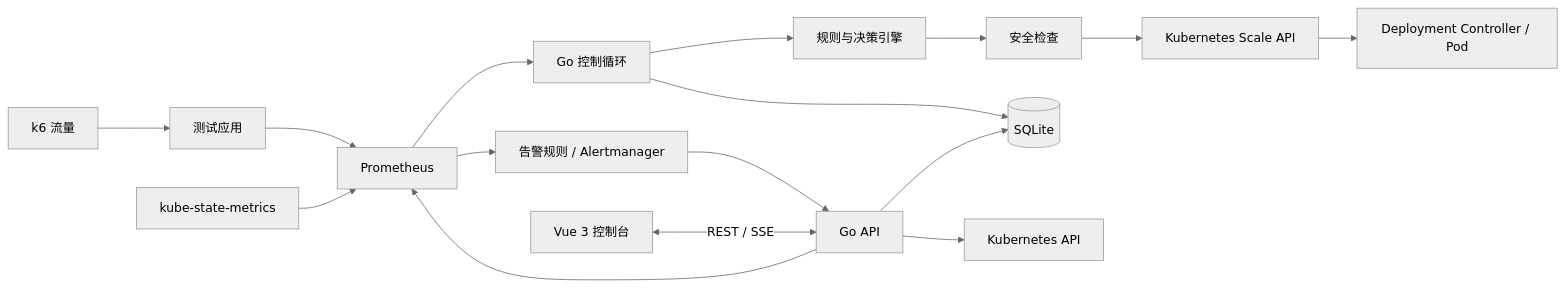
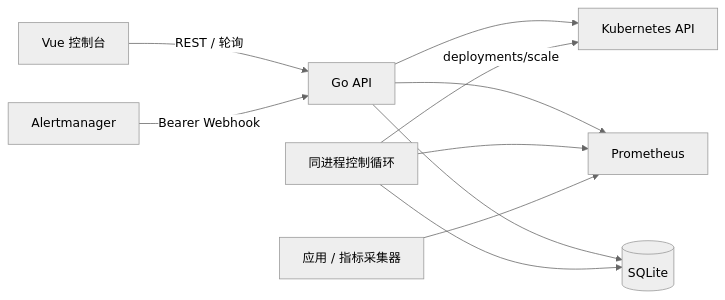
The diagram in docs/architecture.md (brynhildANN/KubeScale), drawn with Mermaid (neutral theme) before and after one commit. The commit also changed other lines of this file and 24 other files, not shown here.

````diff
--- a/docs/architecture.md
+++ b/docs/architecture.md
@@ -13,18 +5,12 @@
 ```mermaid
 flowchart LR
-    K[k6 流量] --> APP[测试应用]
-    APP --> PROM[Prometheus]
-    KSM[kube-state-metrics] --> PROM
-    PROM --> CTRL[Go 控制循环]
-    CTRL --> ENGINE[规则与决策引擎]
-    ENGINE --> SAFE[安全检查]
-    SAFE --> SCALE[Kubernetes Scale API]
-    SCALE --> DEP[Deployment Controller / Pod]
-    CTRL --> DB[(SQLite)]
-    PROM --> AM[告警规则 / Alertmanager]
-    AM --> API[Go API]
-    API --> DB
-    UI[Vue 3 控制台] <-->|REST / SSE| API
-    API --> PROM
-    API --> K8S[Kubernetes API]
+  UI[Vue 控制台] -->|REST / 轮询| API[Go API]
+  API --> K8S[Kubernetes API]
+  API --> PROM[Prometheus]
+  API --> DB[(SQLite)]
+  CTRL[同进程控制循环] --> PROM
+  CTRL --> DB
+  CTRL -->|deployments/scale| K8S
+  AM[Alertmanager] -->|Bearer Webhook| API
+  APP[应用 / 指标采集器] --> PROM
 ```
````
